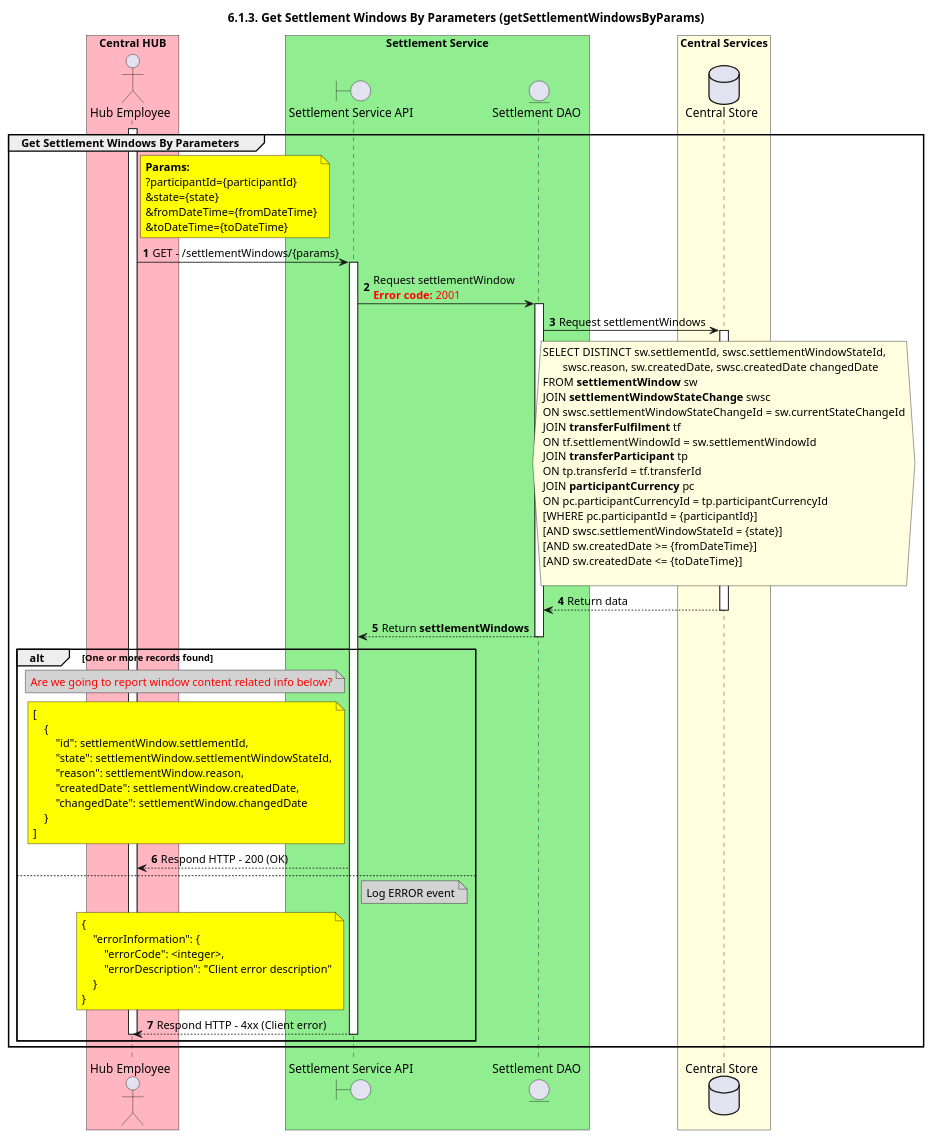
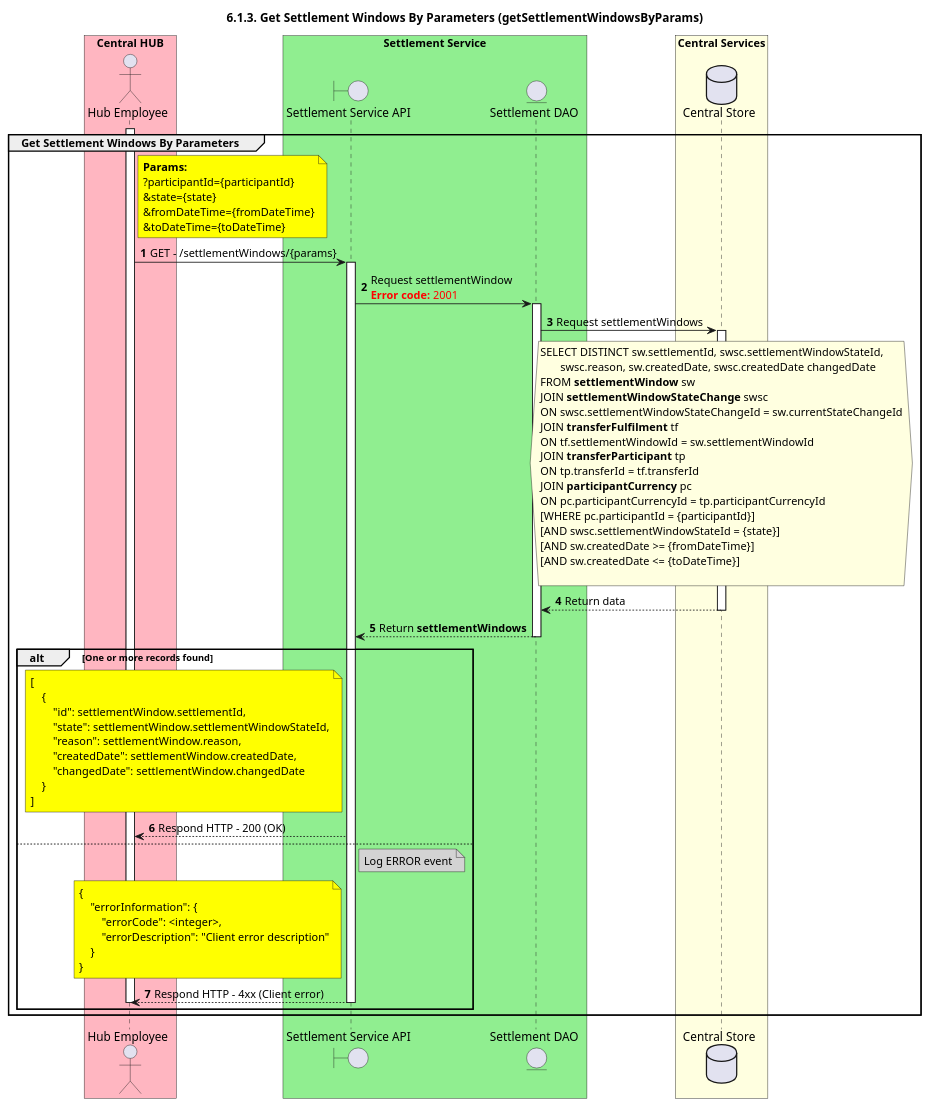
One commit to mojaloop/documentation changed the diagram in mojaloop-technical-overview/central-settlements/settlement-process/assets/diagrams/sequence/seq-setwindow-6.1.3.plantuml. Above: the diagram before and after it, drawn with PlantUML. The commit also changed 11 other files, not shown here.

Commit message:
Sequence diagrams update following peer review

```diff
--- a/mojaloop-technical-overview/central-settlements/settlement-process/assets/diagrams/sequence/seq-setwindow-6.1.3.plantuml
+++ b/mojaloop-technical-overview/central-settlements/settlement-process/assets/diagrams/sequence/seq-setwindow-6.1.3.plantuml
@@ -26,99 +26,96 @@
 @startuml
 ' declate title
 title 6.1.3. Get Settlement Windows By Parameters (getSettlementWindowsByParams)
 
 autonumber
 
 ' declare actors
 
 actor "Hub Employee" as OPERATOR
 boundary "Settlement Service API" as SSAPI
 entity "Settlement DAO" as SETTLE_DAO
 database "Central Store" as DB
 
 box "Central HUB" #lightpink
     participant OPERATOR
 end box
 
 box "Settlement Service" #lightgreen
     participant SSAPI
     participant SETTLE_DAO
 end box
 
 box "Central Services" #lightyellow
     participant DB
 end box
 
 ' start flow
 
 group Get Settlement Windows By Parameters
     activate OPERATOR
     note right of OPERATOR #yellow
         **Params:**
         ?participantId={participantId}
         &state={state}
         &fromDateTime={fromDateTime}
         &toDateTime={toDateTime}
     end note
     OPERATOR -> SSAPI: GET - /settlementWindows/{params}
     activate SSAPI
     SSAPI -> SETTLE_DAO: Request settlementWindow\n<color #FF0000><b>Error code:</b> 2001</color>
     activate SETTLE_DAO
     SETTLE_DAO -> DB: Request settlementWindows
     activate DB
     hnote over DB #lightyellow
         SELECT DISTINCT sw.settlementId, swsc.settlementWindowStateId,
                swsc.reason, sw.createdDate, swsc.createdDate changedDate
         FROM **settlementWindow** sw
         JOIN **settlementWindowStateChange** swsc
         ON swsc.settlementWindowStateChangeId = sw.currentStateChangeId
         JOIN **transferFulfilment** tf
         ON tf.settlementWindowId = sw.settlementWindowId
         JOIN **transferParticipant** tp
         ON tp.transferId = tf.transferId
         JOIN **participantCurrency** pc
         ON pc.participantCurrencyId = tp.participantCurrencyId
         [WHERE pc.participantId = {participantId}]
         [AND swsc.settlementWindowStateId = {state}]
         [AND sw.createdDate >= {fromDateTime}]
         [AND sw.createdDate <= {toDateTime}]
 
     end hnote
     SETTLE_DAO <-- DB: Return data
     deactivate DB
     SSAPI <-- SETTLE_DAO: Return **settlementWindows**
     deactivate SETTLE_DAO
     alt One or more records found
-        note left of SSAPI #lightgray
-            <color #red>Are we going to report window content related info below?</color>
-        end note
         note left of SSAPI #yellow
             [
                 {
                     "id": settlementWindow.settlementId,
                     "state": settlementWindow.settlementWindowStateId,
                     "reason": settlementWindow.reason,
                     "createdDate": settlementWindow.createdDate,
                     "changedDate": settlementWindow.changedDate
                 }
             ]
         end note
         OPERATOR <-- SSAPI: Respond HTTP - 200 (OK)
     else 
         note right of SSAPI #lightgray
             Log ERROR event
         end note
         note left of SSAPI #yellow
             {
                 "errorInformation": {
                     "errorCode": <integer>,
                     "errorDescription": "Client error description"
                 }
             }
         end note
         OPERATOR <-- SSAPI: Respond HTTP - 4xx (Client error)
         deactivate SSAPI
     deactivate OPERATOR
     end
 end
 @enduml
```
